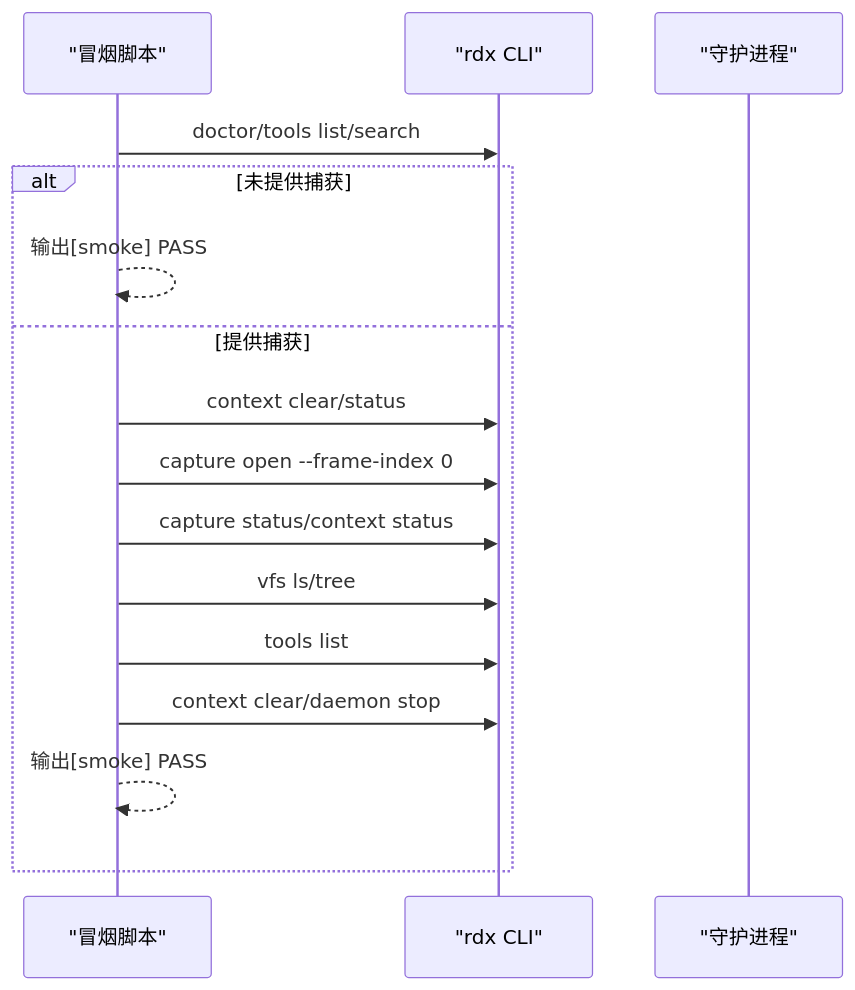
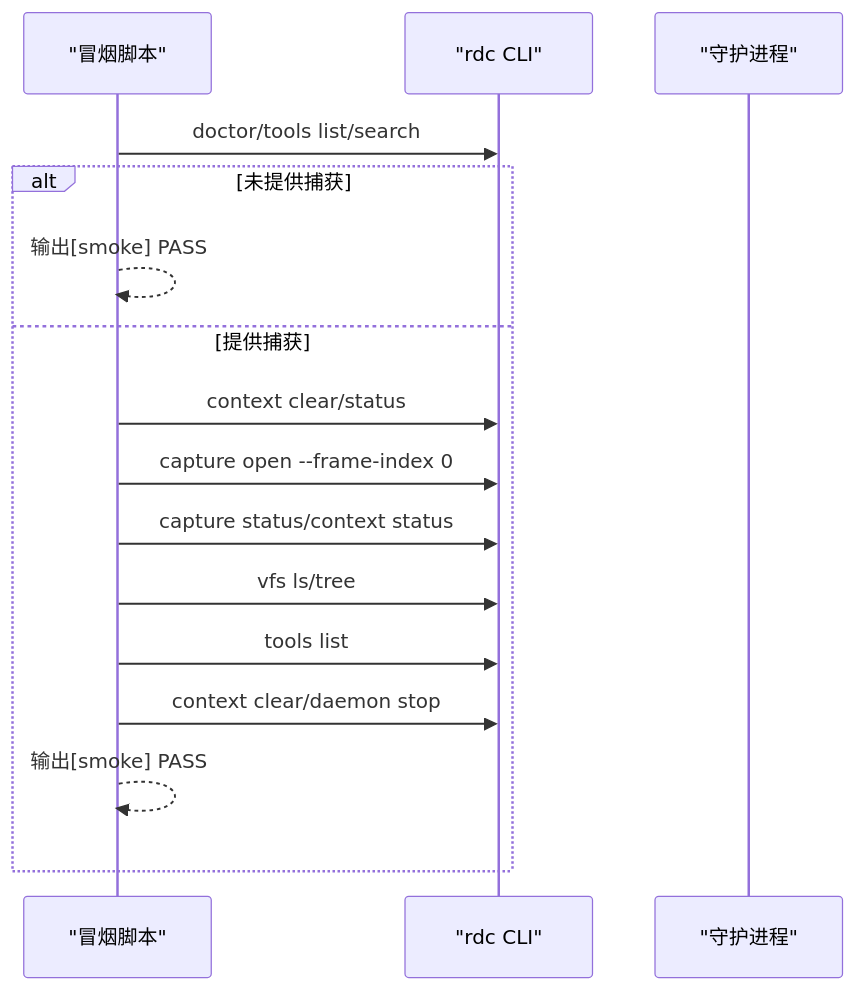
Before and after one commit to haolange/RDC-Tool: the fourth of 8 diagrams in .qoder/repowiki/zh/content/开发指南/测试策略/测试策略.md, drawn with Mermaid. The commit also changed other lines of this file and 388 other files, not shown here.

````diff
--- a/.qoder/repowiki/zh/content/开发指南/测试策略/测试策略.md
+++ b/.qoder/repowiki/zh/content/开发指南/测试策略/测试策略.md
@@ -147,18 +147,18 @@
 ```mermaid
 sequenceDiagram
 participant S as "冒烟脚本"
-participant R as "rdx CLI"
+participant R as "rdc CLI"
 participant D as "守护进程"
 S->>R : doctor/tools list/search
 alt 未提供捕获
 S-->>S : 输出[smoke] PASS
 else 提供捕获
 S->>R : context clear/status
 S->>R : capture open --frame-index 0
 S->>R : capture status/context status
 S->>R : vfs ls/tree
 S->>R : tools list
 S->>R : context clear/daemon stop
 S-->>S : 输出[smoke] PASS
 end
 ```
````
